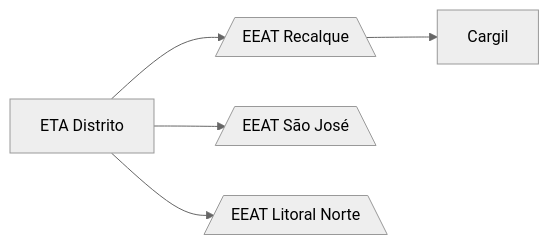
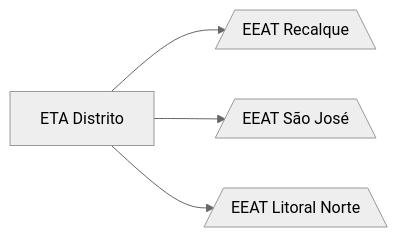
One commit to iagovls/CCO-Documentation changed the diagram in ETA Distrito/ETA Distrito.md. Above: the diagram before and after it, drawn with Mermaid (neutral theme).

Commit message:
Update ETA Distrito.md

````diff
--- a/ETA Distrito/ETA Distrito.md
+++ b/ETA Distrito/ETA Distrito.md
@@ -40,29 +40,28 @@
 ```mermaid
 flowchart LR
         
     ETA["ETA Distrito"] 
     EEATRecalque[/"EEAT Recalque"\]
     click EEATRecalque "https://github.com/iagovls/CCO-Documentation/blob/main/ETA%20Distrito/EEAT%20Recalque.md"
     EEATSaoJose[/"EEAT São José"\]
     click EEATSaoJose "https://github.com/iagovls/CCO-Documentation/blob/main/ETA%20Distrito/EEAT%20S%C3%A3o%20Jos%C3%A9.md"
     EEATLitoralNorte[/"EEAT Litoral Norte"\] 
     click EEATLitoralNorte "https://github.com/iagovls/CCO-Documentation/blob/main/ETA%20Distrito/EEAT%20Litoral%20Norte.md"
     
 
     %% Ligações
     
     ETA --> EEATRecalque
     ETA --> EEATSaoJose
     ETA --> EEATLitoralNorte
 
     
-    %% Cargil
-    EEATRecalque --> Cargil
+
     
     
 
     
 
     
         
 ```
````
